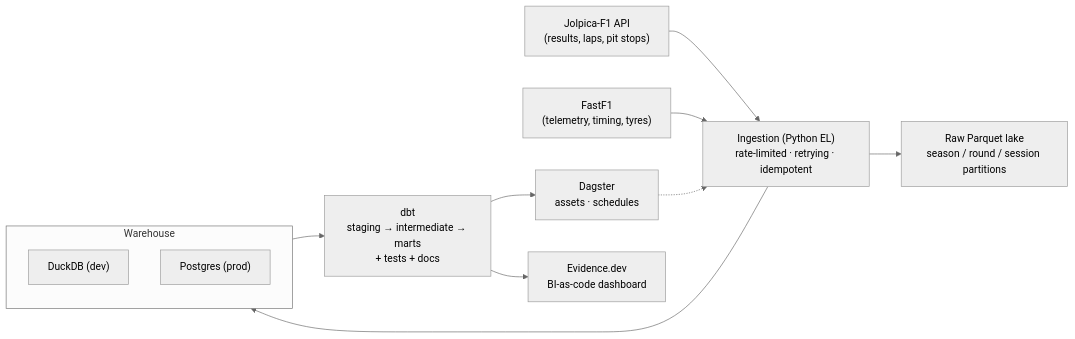
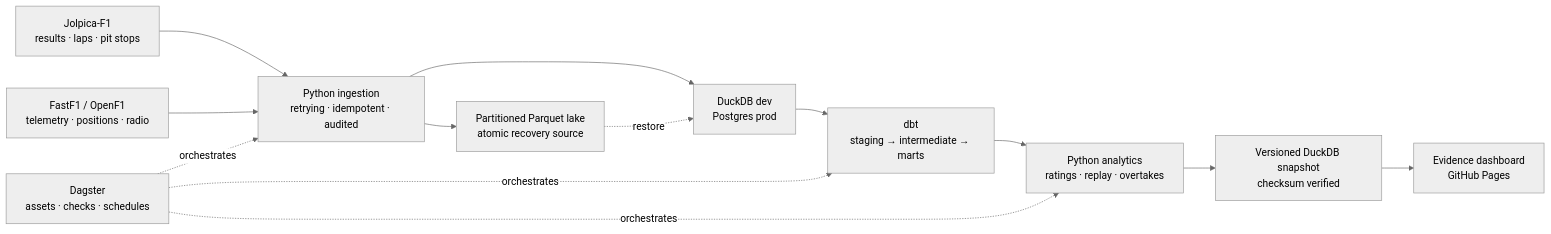
The diagram in README.md (denzlswaggin/f1-data-analytics), drawn with Mermaid (neutral theme) before and after one commit. The commit also changed other lines of this file, not shown here.

Commit message:
docs: reshape README around dashboard experience

````diff
--- a/README.md
+++ b/README.md
@@ -118,15 +124,15 @@
 ```mermaid
 flowchart LR
-    J["Jolpica-F1 API\n(results, laps, pit stops)"] --> ING
-    F["FastF1\n(telemetry, timing, tyres)"] --> ING
-    ING["Ingestion (Python EL)\nrate-limited · retrying · idempotent"] --> LAKE["Raw Parquet lake\nseason / round / session partitions"]
-    ING --> WH
-    subgraph WH["Warehouse"]
-      DUCK["DuckDB (dev)"]
-      PG["Postgres (prod)"]
-    end
-    WH --> DBT["dbt\nstaging → intermediate → marts\n+ tests + docs"]
-    DBT --> DAG["Dagster\nassets · schedules"]
-    DBT --> EV["Evidence.dev\nBI-as-code dashboard"]
-    DAG -.-> ING
+    J["Jolpica-F1<br/>results · laps · pit stops"] --> ING
+    F["FastF1 / OpenF1<br/>telemetry · positions · radio"] --> ING
+    ING["Python ingestion<br/>retrying · idempotent · audited"] --> LAKE["Partitioned Parquet lake<br/>atomic recovery source"]
+    ING --> WH["DuckDB dev<br/>Postgres prod"]
+    LAKE -. restore .-> WH
+    WH --> DBT["dbt<br/>staging → intermediate → marts"]
+    DBT --> ANA["Python analytics<br/>ratings · replay · overtakes"]
+    ANA --> SNAP["Versioned DuckDB snapshot<br/>checksum verified"]
+    SNAP --> DASH["Evidence dashboard<br/>GitHub Pages"]
+    DAG["Dagster<br/>assets · checks · schedules"] -. orchestrates .-> ING
+    DAG -. orchestrates .-> DBT
+    DAG -. orchestrates .-> ANA
 ```
````
